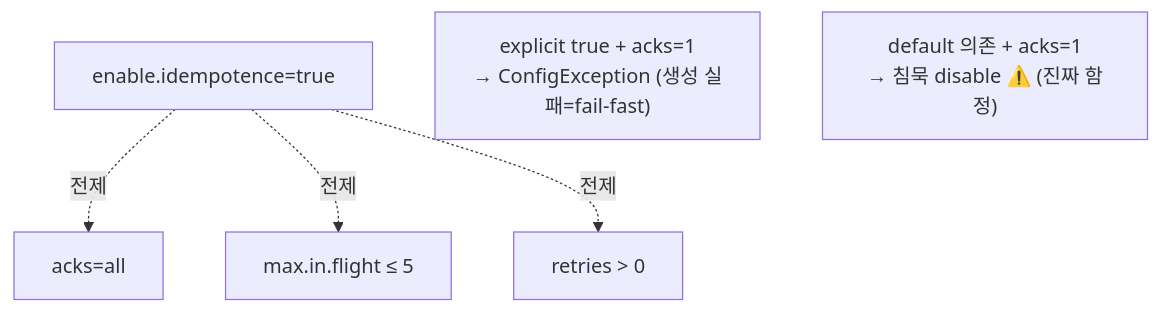
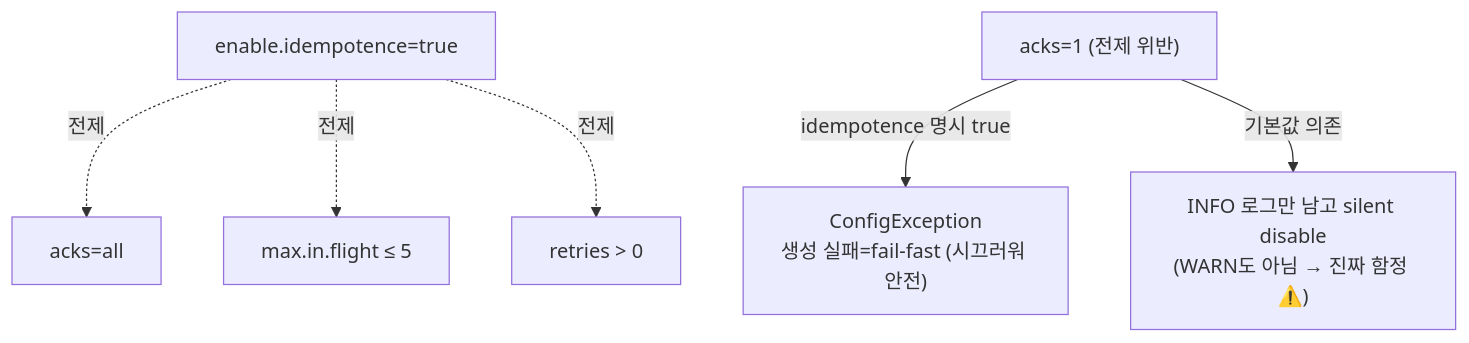
The diagram in docs/book/2-spring/09-config-combination-traps.md (ghtjr410/kafka-lab), drawn with Mermaid before and after one commit. The commit also changed other lines of this file and 1 other file, not shown here.

First line of the commit message:
docs: II권 9장 리뷰 반영 — 멱등 비활성화 로그 동작 1차소스 정정 + 내구성 짝 + mermaid 분기

````diff
--- a/docs/book/2-spring/09-config-combination-traps.md
+++ b/docs/book/2-spring/09-config-combination-traps.md
@@ -17,8 +17,9 @@
 ```mermaid
 graph TB
     IDEM["enable.idempotence=true"] -.전제.-> A["acks=all"]
     IDEM -.전제.-> M["max.in.flight ≤ 5"]
     IDEM -.전제.-> R["retries > 0"]
-    EX["explicit true + acks=1<br/>→ ConfigException (생성 실패=fail-fast)"]
-    SD["default 의존 + acks=1<br/>→ 침묵 disable ⚠️ (진짜 함정)"]
+    K["acks=1 (전제 위반)"]
+    K -->|"idempotence 명시 true"| EX["ConfigException<br/>생성 실패=fail-fast (시끄러워 안전)"]
+    K -->|"기본값 의존"| SD["INFO 로그만 남고 silent disable<br/>(WARN도 아님 → 진짜 함정 ⚠️)"]
 ```
````
